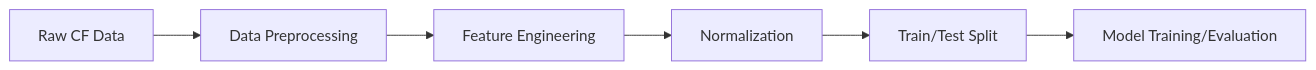
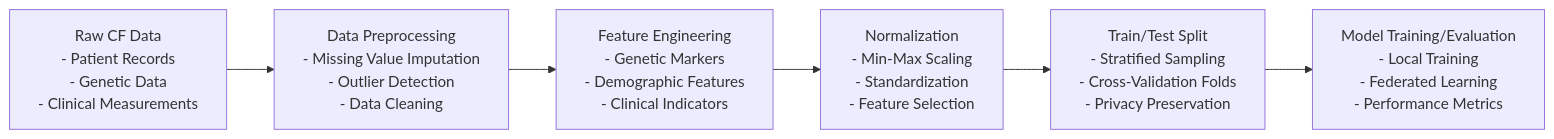
Before and after one commit to prathameshatkare/Final_Cystic_fibrosis_project: the fifth of 17 diagrams in DIAGRAMS.md, drawn with Mermaid. The commit also changed other lines of this file, not shown here.

Commit message:
diagrams

````diff
--- a/DIAGRAMS.md
+++ b/DIAGRAMS.md
@@ -88,8 +118,8 @@
 ```mermaid
 graph LR
-    A[Raw CF Data] --> B[Data Preprocessing]
-    B --> C[Feature Engineering]
-    C --> D[Normalization]
-    D --> E[Train/Test Split]
-    E --> F[Model Training/Evaluation]
+    A[Raw CF Data<br/>- Patient Records<br/>- Genetic Data<br/>- Clinical Measurements] --> B[Data Preprocessing<br/>- Missing Value Imputation<br/>- Outlier Detection<br/>- Data Cleaning]
+    B --> C[Feature Engineering<br/>- Genetic Markers<br/>- Demographic Features<br/>- Clinical Indicators]
+    C --> D[Normalization<br/>- Min-Max Scaling<br/>- Standardization<br/>- Feature Selection]
+    D --> E[Train/Test Split<br/>- Stratified Sampling<br/>- Cross-Validation Folds<br/>- Privacy Preservation]
+    E --> F[Model Training/Evaluation<br/>- Local Training<br/>- Federated Learning<br/>- Performance Metrics]
 ```
````
